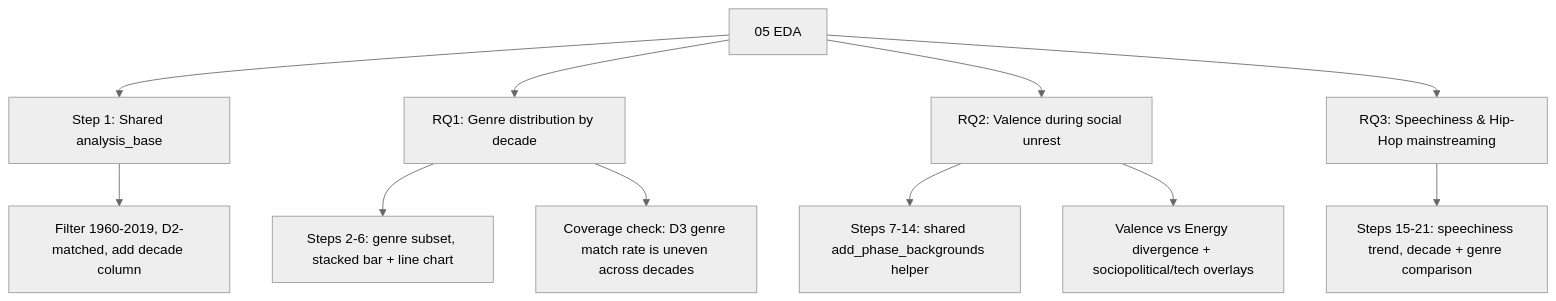
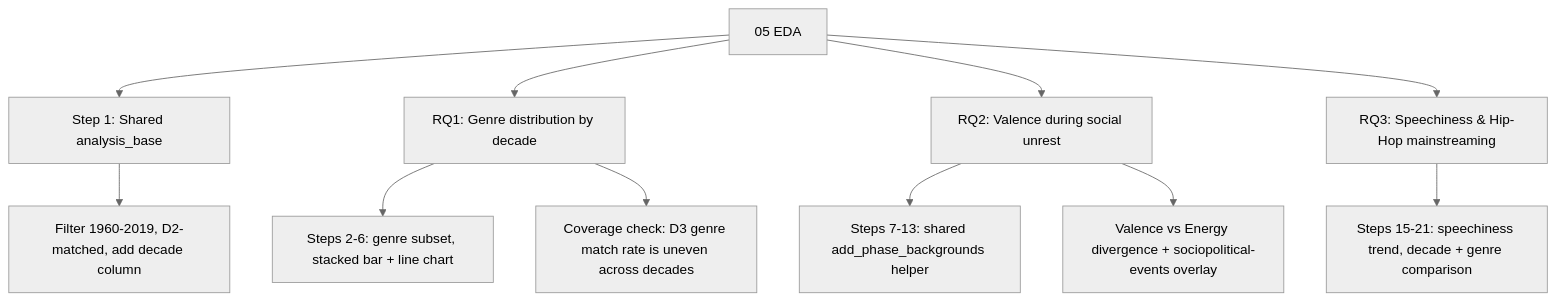
Before and after one commit to Vivian-be-nerd/FuWei-Portfolio: the diagram in pipeline-guides/05_EDA.md, drawn with Mermaid (neutral theme). The commit also changed other lines of this file and 6 other files, not shown here.

````diff
--- a/pipeline-guides/05_EDA.md
+++ b/pipeline-guides/05_EDA.md
@@ -3,17 +3,17 @@
 ```mermaid
 flowchart TD
     A[05 EDA] --> B[Step 1: Shared analysis_base]
     A --> C[RQ1: Genre distribution by decade]
     A --> D[RQ2: Valence during social unrest]
     A --> E[RQ3: Speechiness & Hip-Hop mainstreaming]
 
     B --> B1[Filter 1960-2019, D2-matched, add decade column]
 
     C --> C1[Steps 2-6: genre subset, stacked bar + line chart]
     C --> C2[Coverage check: D3 genre match rate is uneven across decades]
 
-    D --> D1[Steps 7-14: shared add_phase_backgrounds helper]
-    D --> D2[Valence vs Energy divergence + sociopolitical/tech overlays]
+    D --> D1[Steps 7-13: shared add_phase_backgrounds helper]
+    D --> D2[Valence vs Energy divergence + sociopolitical-events overlay]
 
     E --> E1[Steps 15-21: speechiness trend, decade + genre comparison]
 ```
````
